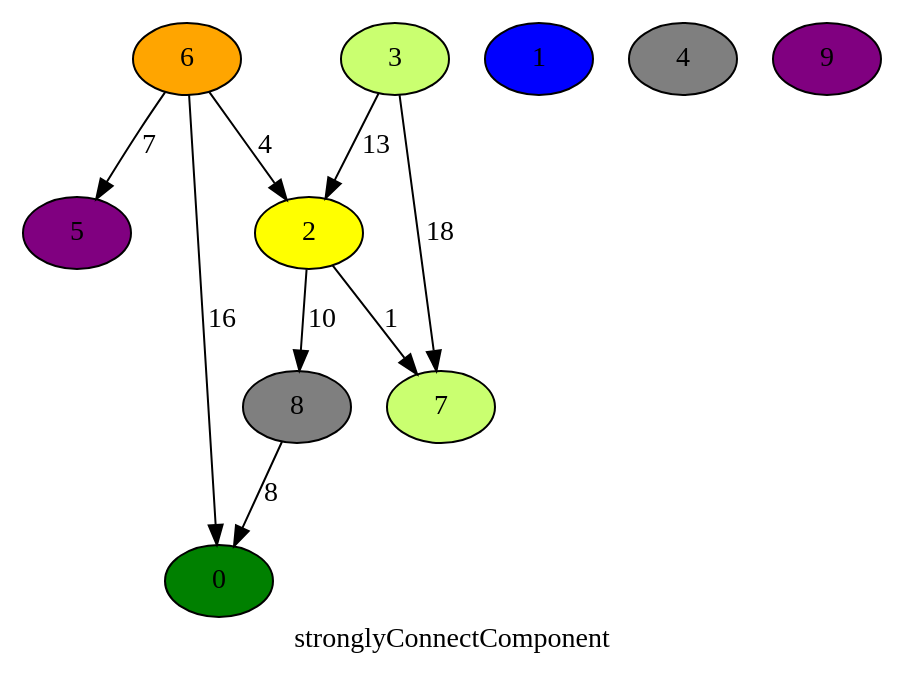
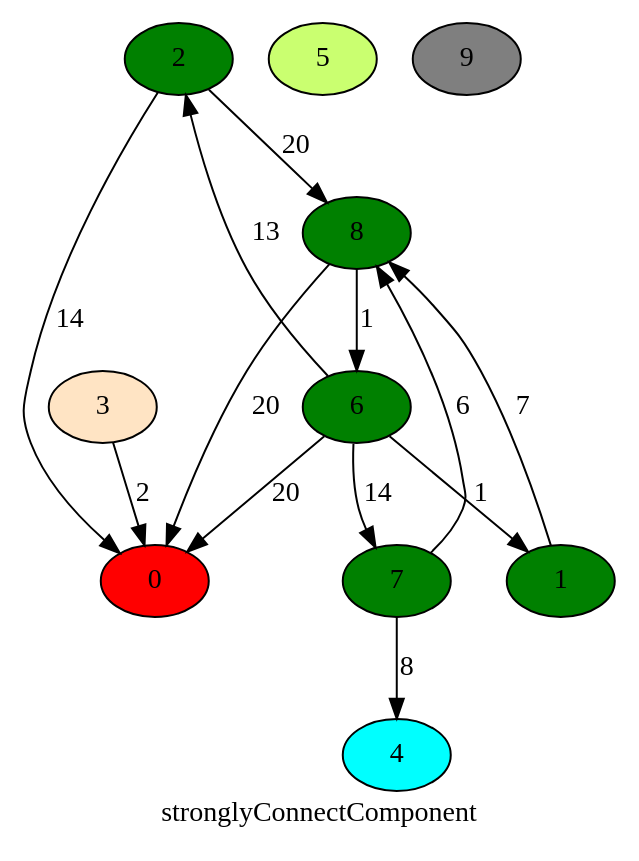
The diagram in files/randomComponents.dot (quanganhquanganh/Discrete-Maths-Graph-Library), drawn with Graphviz before and after one commit. The commit also changed 10 other files, not shown here.

```diff
--- a/files/randomComponents.dot
+++ b/files/randomComponents.dot
@@ -1,20 +1,24 @@
 digraph {
-	0 [fillcolor = green, style = filled];
-	1 [fillcolor = blue, style = filled];
-	2 [fillcolor = yellow, style = filled];
-	3 [fillcolor = darkolivegreen1, style = filled];
-	4 [fillcolor = gray50, style = filled];
-	5 [fillcolor = purple, style = filled];
-	6 [fillcolor = orange, style = filled];
-	7 [fillcolor = darkolivegreen1, style = filled];
-	8 [fillcolor = gray50, style = filled];
-	9 [fillcolor = purple, style = filled];
-2 -> 7[label = 1];
-2 -> 8[label = 10];
-3 -> 2[label = 13];
-3 -> 7[label = 18];
-6 -> 0[label = 16];
-6 -> 2[label = 4];
-6 -> 5[label = 7];
-8 -> 0[label = 8];
+	0 [fillcolor = red, style = filled];
+	1 [fillcolor = green, style = filled];
+	2 [fillcolor = green, style = filled];
+	3 [fillcolor = bisque, style = filled];
+	4 [fillcolor = aqua, style = filled];
+	5 [fillcolor = darkolivegreen1, style = filled];
+	6 [fillcolor = green, style = filled];
+	7 [fillcolor = green, style = filled];
+	8 [fillcolor = green, style = filled];
+	9 [fillcolor = gray50, style = filled];
+1 -> 8[label = 7];
+2 -> 0[label = 14];
+2 -> 8[label = 20];
+3 -> 0[label = 2];
+6 -> 0[label = 20];
+6 -> 1[label = 1];
+6 -> 2[label = 13];
+6 -> 7[label = 14];
+7 -> 4[label = 8];
+7 -> 8[label = 6];
+8 -> 0[label = 20];
+8 -> 6[label = 1];
 label=stronglyConnectComponent}
```
